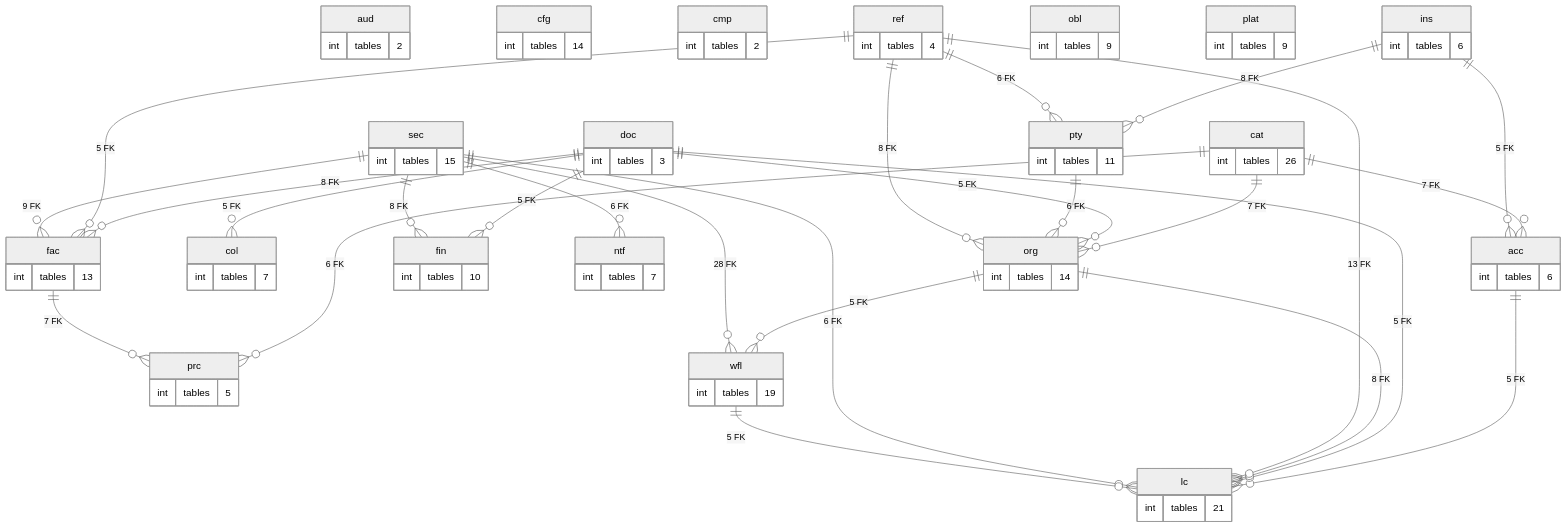
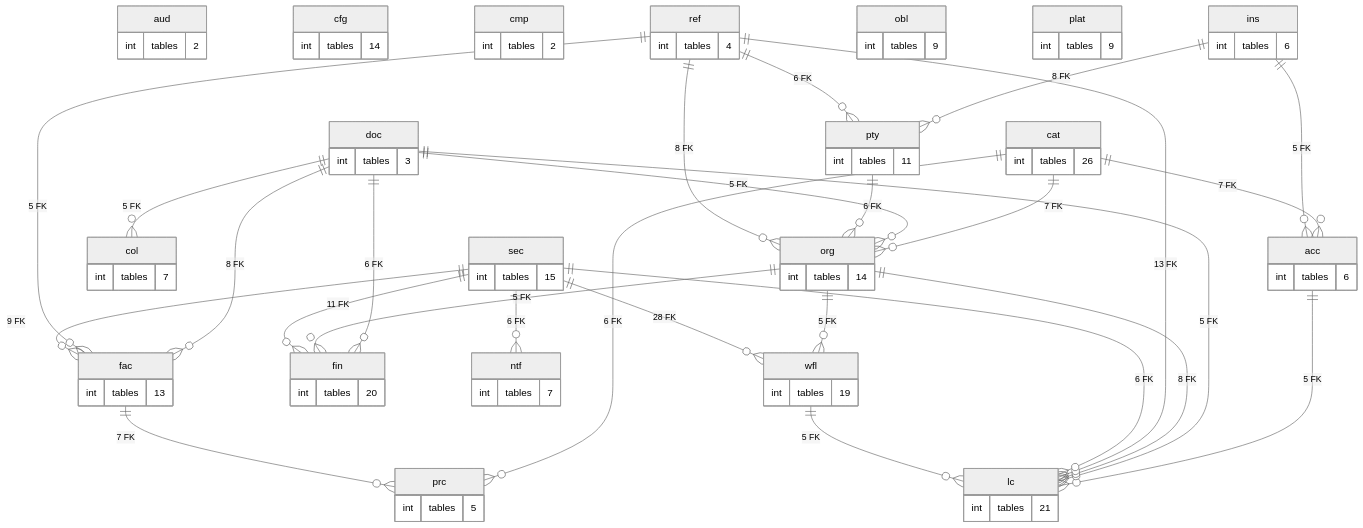
The diagram in treasury-platform/docs/diagrams/erd/schema_map.mmd (thawrasy/smartlines), drawn with Mermaid (neutral theme) before and after one commit. The commit also changed 62 other files, not shown here.

```diff
--- a/treasury-platform/docs/diagrams/erd/schema_map.mmd
+++ b/treasury-platform/docs/diagrams/erd/schema_map.mmd
@@ -1,87 +1,88 @@
 %% خريطة المخططات: العلاقة = عدد المفاتيح الأجنبية بين المخططين (≥ 5)
 erDiagram
   acc {
     int tables "6"
   }
   aud {
     int tables "2"
   }
   cat {
     int tables "26"
   }
   cfg {
     int tables "14"
   }
   cmp {
     int tables "2"
   }
   col {
     int tables "7"
   }
   doc {
     int tables "3"
   }
   fac {
     int tables "13"
   }
   fin {
-    int tables "10"
+    int tables "20"
   }
   ins {
     int tables "6"
   }
   lc {
     int tables "21"
   }
   ntf {
     int tables "7"
   }
   obl {
     int tables "9"
   }
   org {
     int tables "14"
   }
   plat {
     int tables "9"
   }
   prc {
     int tables "5"
   }
   pty {
     int tables "11"
   }
   ref {
     int tables "4"
   }
   sec {
     int tables "15"
   }
   wfl {
     int tables "19"
   }
   acc ||--o{ lc : "5 FK"
   cat ||--o{ acc : "7 FK"
   cat ||--o{ org : "7 FK"
   cat ||--o{ prc : "6 FK"
   doc ||--o{ col : "5 FK"
   doc ||--o{ fac : "8 FK"
-  doc ||--o{ fin : "5 FK"
+  doc ||--o{ fin : "6 FK"
   doc ||--o{ lc : "5 FK"
   doc ||--o{ org : "5 FK"
   fac ||--o{ prc : "7 FK"
   ins ||--o{ acc : "5 FK"
   ins ||--o{ pty : "8 FK"
+  org ||--o{ fin : "5 FK"
   org ||--o{ lc : "8 FK"
   org ||--o{ wfl : "5 FK"
   pty ||--o{ org : "6 FK"
   ref ||--o{ fac : "5 FK"
   ref ||--o{ lc : "13 FK"
   ref ||--o{ org : "8 FK"
   ref ||--o{ pty : "6 FK"
   sec ||--o{ fac : "9 FK"
-  sec ||--o{ fin : "8 FK"
+  sec ||--o{ fin : "11 FK"
   sec ||--o{ lc : "6 FK"
   sec ||--o{ ntf : "6 FK"
   sec ||--o{ wfl : "28 FK"
   wfl ||--o{ lc : "5 FK"
```
